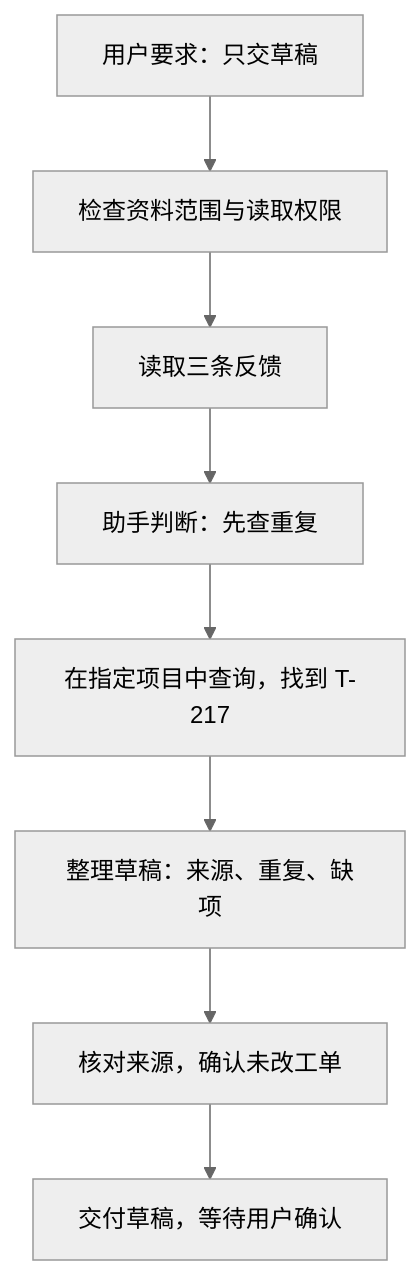
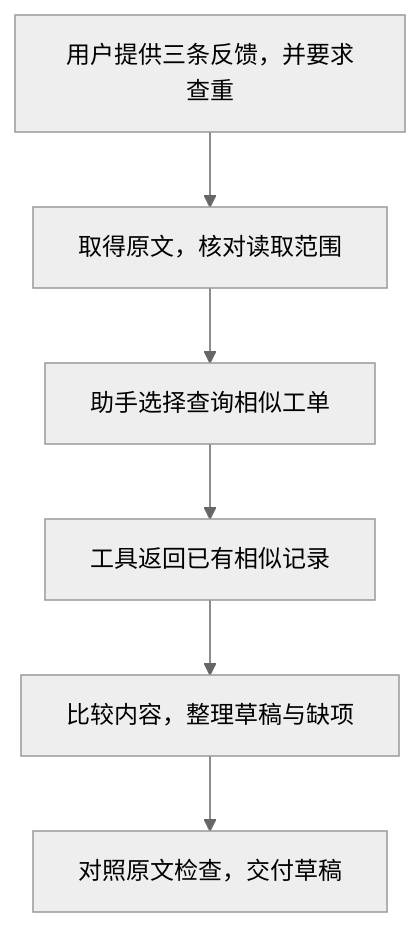
One commit to junheng/digitalgarden changed the second of 2 diagrams in src/site/notes/03 - Resources/Published/Agent 应用指南/01 - Agent 如何工作.md. Above: the diagram before and after it, drawn with Mermaid (neutral theme). The commit also changed other lines of this file and 4 other files, not shown here.

````diff
--- a/src/site/notes/03 - Resources/Published/Agent 应用指南/01 - Agent 如何工作.md
+++ b/src/site/notes/03 - Resources/Published/Agent 应用指南/01 - Agent 如何工作.md
@@ -99,10 +79,8 @@
 ```mermaid
 flowchart TD
-    A["用户要求：只交草稿"] --> B["检查资料范围与读取权限"]
-    B --> C["读取三条反馈"]
-    C --> D["助手判断：先查重复"]
-    D --> E["在指定项目中查询，找到 T-217"]
-    E --> F["整理草稿：来源、重复、缺项"]
-    F --> G["核对来源，确认未改工单"]
-    G --> H["交付草稿，等待用户确认"]
+    A["用户提供三条反馈，并要求查重"] --> B["取得原文，核对读取范围"]
+    B --> C["助手选择查询相似工单"]
+    C --> D["工具返回已有相似记录"]
+    D --> E["比较内容，整理草稿与缺项"]
+    E --> F["对照原文检查，交付草稿"]
 ```
````
